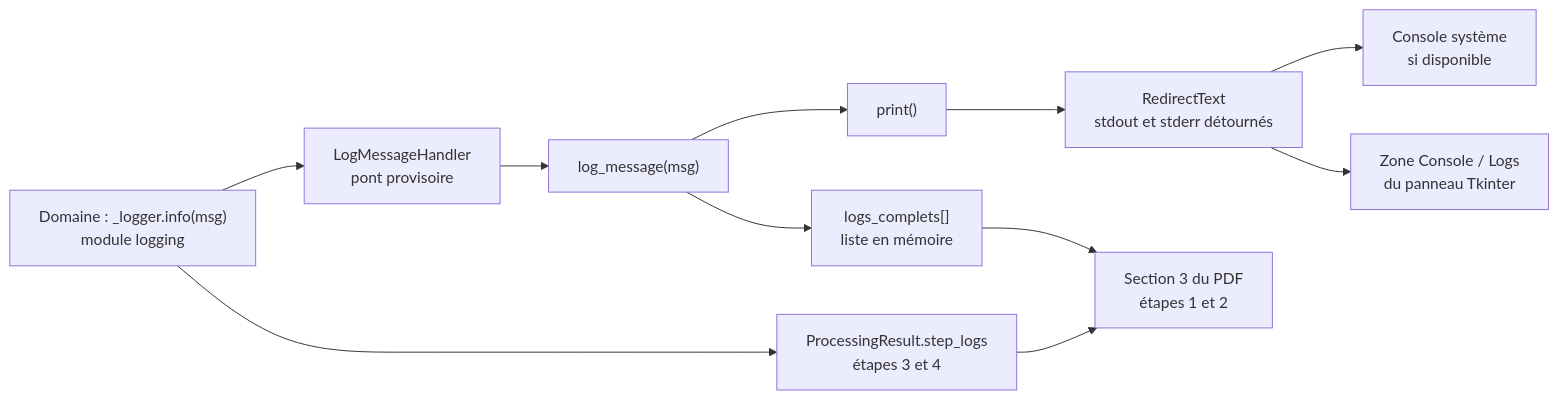
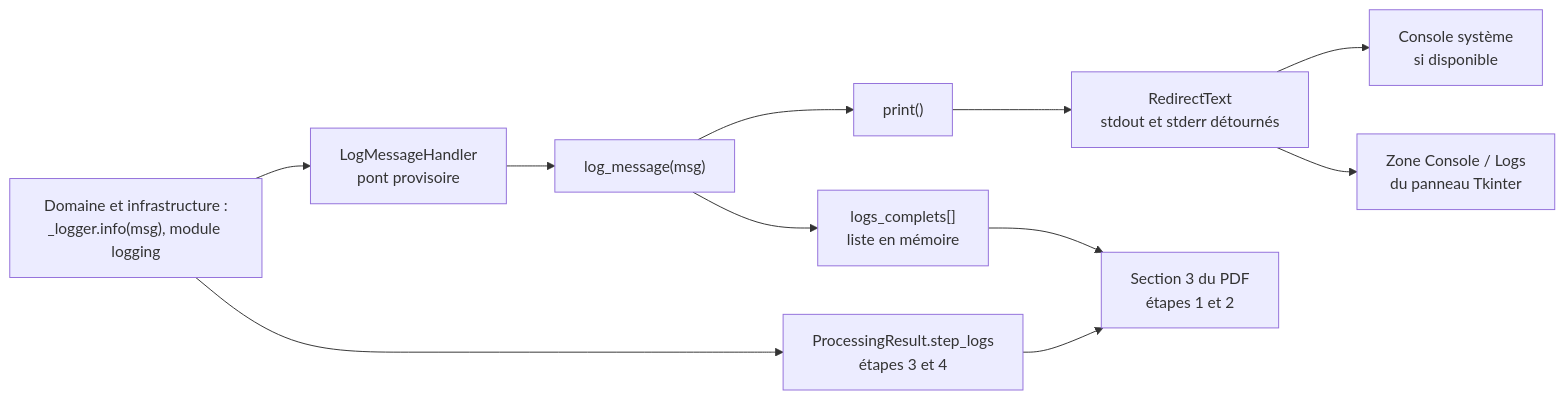
The eighth of 8 diagrams in doc/WORKFLOW_GEMINI.md (lecinquiemejour-code/PromptoDYS_app), drawn with Mermaid before and after one commit. The commit also changed other lines of this file and 2 other files, not shown here.

Commit message:
docs: Document the infrastructure layer

````diff
--- a/doc/WORKFLOW_GEMINI.md
+++ b/doc/WORKFLOW_GEMINI.md
@@ -371,12 +371,12 @@
 ```mermaid
 flowchart LR
-    DOM["Domaine : _logger.info(msg)<br/>module logging"] --> BRIDGE["LogMessageHandler<br/>pont provisoire"]
+    DOM["Domaine et infrastructure :<br/>_logger.info(msg), module logging"] --> BRIDGE["LogMessageHandler<br/>pont provisoire"]
     BRIDGE --> LM
     LM["log_message(msg)"] --> PRINT["print()"]
     LM --> LIST["logs_complets[]<br/>liste en mémoire"]
     PRINT --> REDIR["RedirectText<br/>stdout et stderr détournés"]
     REDIR --> TERM["Console système<br/>si disponible"]
     REDIR --> GUI["Zone Console / Logs<br/>du panneau Tkinter"]
     LIST --> PDF["Section 3 du PDF<br/>étapes 1 et 2"]
     DOM --> STEPS["ProcessingResult.step_logs<br/>étapes 3 et 4"] --> PDF
 ```
````
